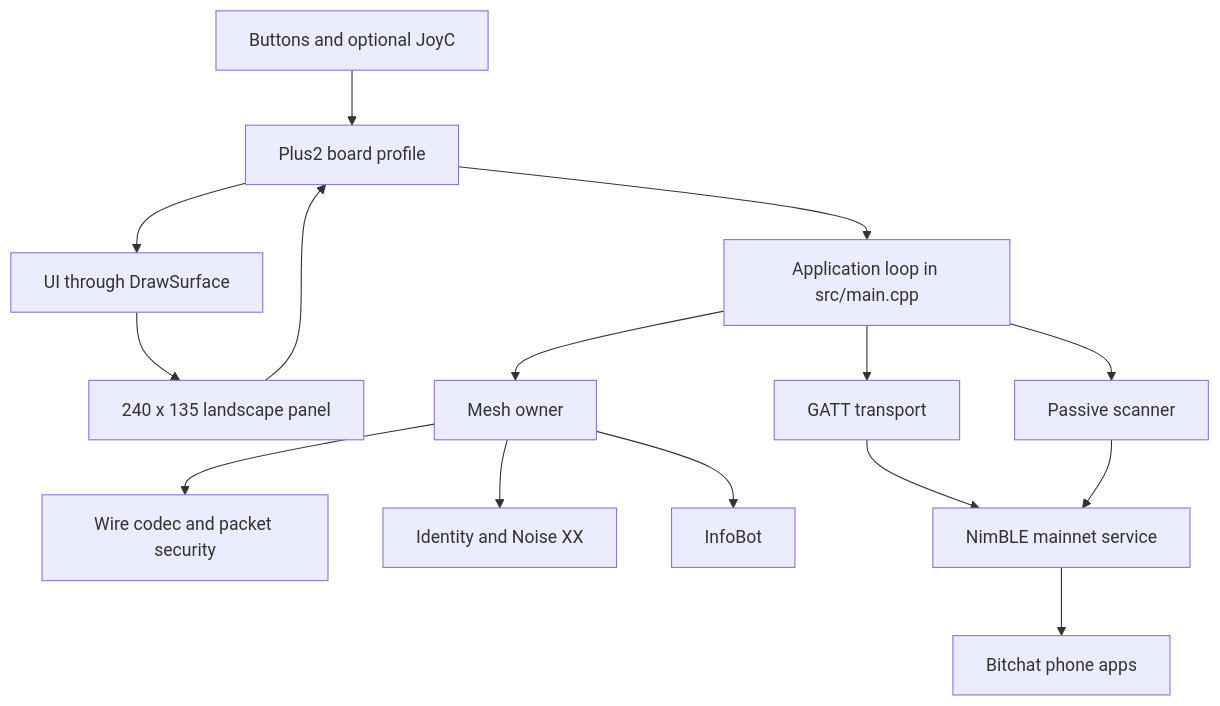
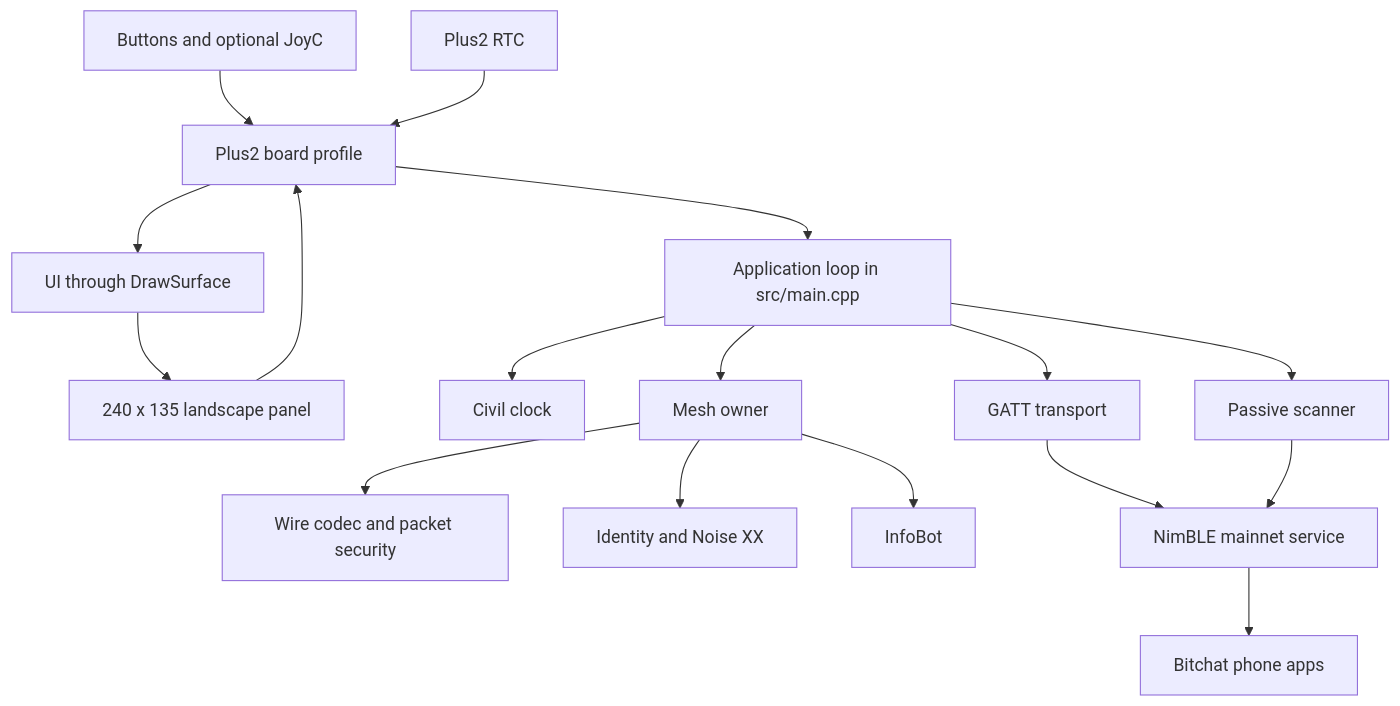
The diagram in documentation/architecture.md (wanderlima/bitchat-stick), drawn with Mermaid before and after one commit. The commit also changed other lines of this file and 14 other files, not shown here.

````diff
--- a/documentation/architecture.md
+++ b/documentation/architecture.md
@@ -5,17 +5,19 @@
 ```mermaid
 flowchart TD
   inputs[Buttons and optional JoyC] --> profile[Plus2 board profile]
   panel[240 x 135 landscape panel] --> profile
+  rtc[Plus2 RTC] --> profile
   profile --> loop[Application loop in src/main.cpp]
+  loop --> clock[Civil clock]
   loop --> scanner[Passive scanner]
   loop --> mesh[Mesh owner]
   loop --> transport[GATT transport]
   mesh --> codec[Wire codec and packet security]
   mesh --> noise[Identity and Noise XX]
   mesh --> bot[InfoBot]
   transport --> radio[NimBLE mainnet service]
   scanner --> radio
   radio --> phones[Bitchat phone apps]
   profile --> ui[UI through DrawSurface]
   ui --> panel
 ```
````
